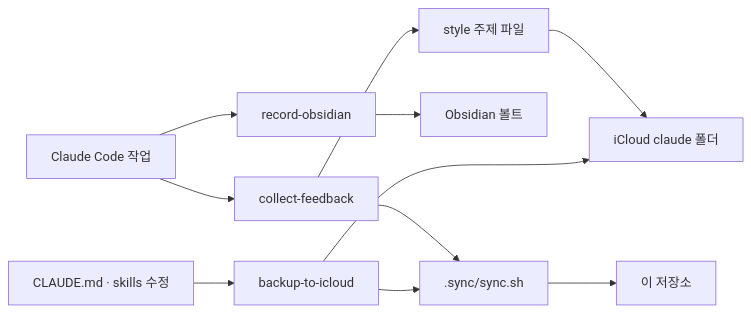
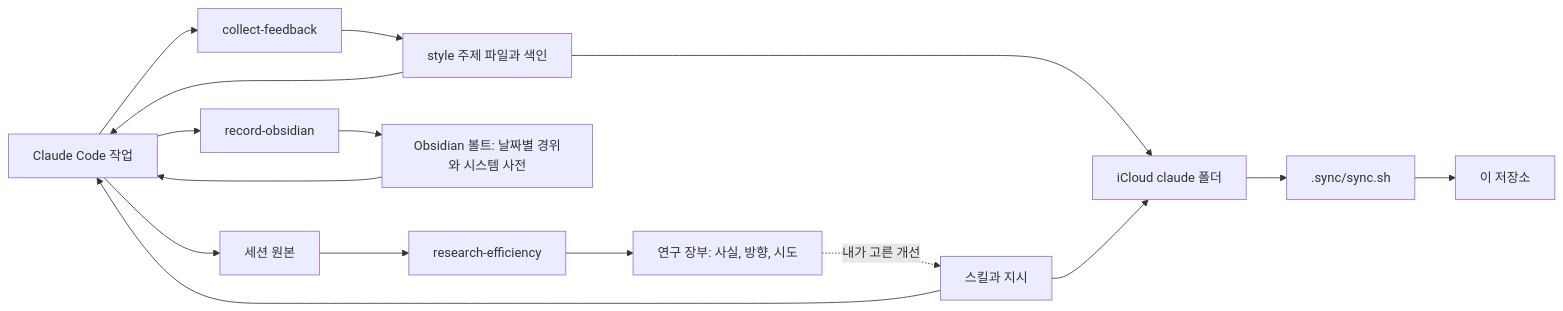
The diagram in README.md (thalals/MY-CLAUDE-SKILL), drawn with Mermaid before and after one commit. The commit also changed other lines of this file and 4 other files, not shown here.

````diff
--- a/README.md
+++ b/README.md
@@ -39,12 +127,18 @@
 ```mermaid
 flowchart LR
     A[Claude Code 작업] --> B[collect-feedback]
-    B --> C[style 주제 파일]
+    B --> C[style 주제 파일과 색인]
+    C --> A
     A --> D[record-obsidian]
-    D --> E[Obsidian 볼트]
+    D --> E[Obsidian 볼트: 날짜별 경위와 시스템 사전]
+    E --> A
+    A --> T[세션 원본]
+    T --> R[research-efficiency]
+    R --> L[연구 장부: 사실, 방향, 시도]
+    L -. 내가 고른 개선 .-> S[스킬과 지시]
+    S --> A
     C --> F[iCloud claude 폴더]
-    G[CLAUDE.md · skills 수정] --> H[backup-to-icloud] --> F
-    B --> I[.sync/sync.sh]
-    H --> I
+    S --> F
+    F --> I[.sync/sync.sh]
     I --> J[이 저장소]
 ```
````
